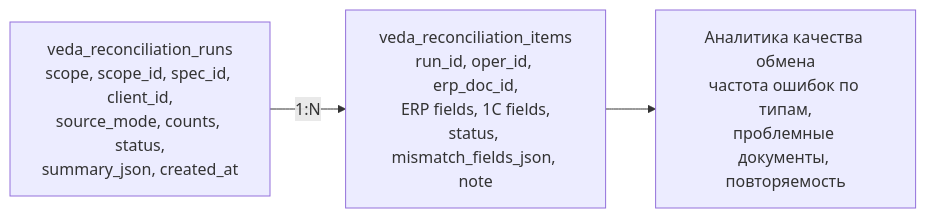
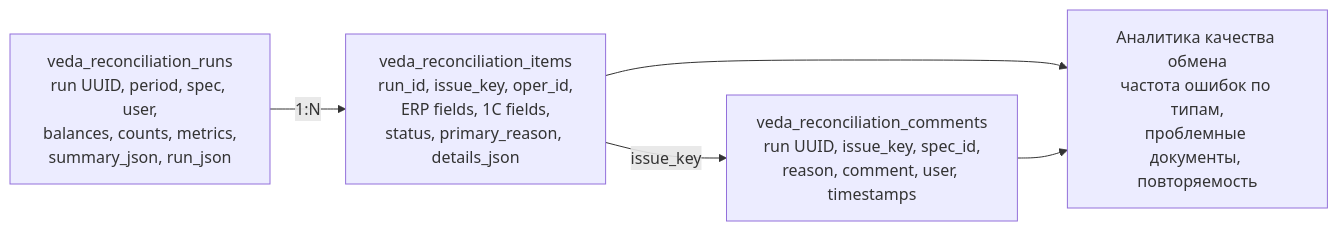
Before and after one commit to KachalichMaxim/recon_ERP_with_1C: the eighth of 8 diagrams in docs/architecture/C4_ARCHITECTURE.md, drawn with Mermaid. The commit also changed other lines of this file and 16 other files, not shown here.

````diff
--- a/docs/architecture/C4_ARCHITECTURE.md
+++ b/docs/architecture/C4_ARCHITECTURE.md
@@ -347,9 +352,12 @@
 ```mermaid
 flowchart LR
-  run["veda_reconciliation_runs<br/>scope, scope_id, spec_id, client_id,<br/>source_mode, counts, status,<br/>summary_json, created_at"]
-  item["veda_reconciliation_items<br/>run_id, oper_id, erp_doc_id,<br/>ERP fields, 1C fields,<br/>status, mismatch_fields_json, note"]
+  run["veda_reconciliation_runs<br/>run UUID, period, spec, user,<br/>balances, counts, metrics,<br/>summary_json, run_json"]
+  item["veda_reconciliation_items<br/>run_id, issue_key, oper_id,<br/>ERP fields, 1C fields,<br/>status, primary_reason, details_json"]
+  comment["veda_reconciliation_comments<br/>run UUID, issue_key, spec_id,<br/>reason, comment, user, timestamps"]
   analytics["Аналитика качества обмена<br/>частота ошибок по типам,<br/>проблемные документы, повторяемость"]
 
   run -->|"1:N"| item
+  item -->|"issue_key"| comment
   item --> analytics
+  comment --> analytics
 ```
````
